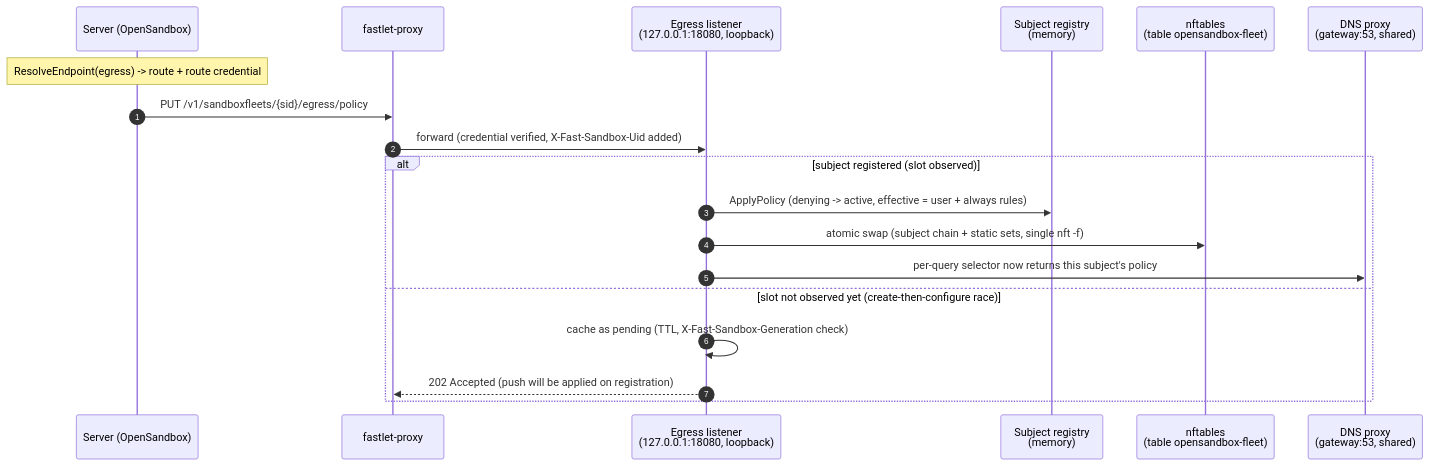
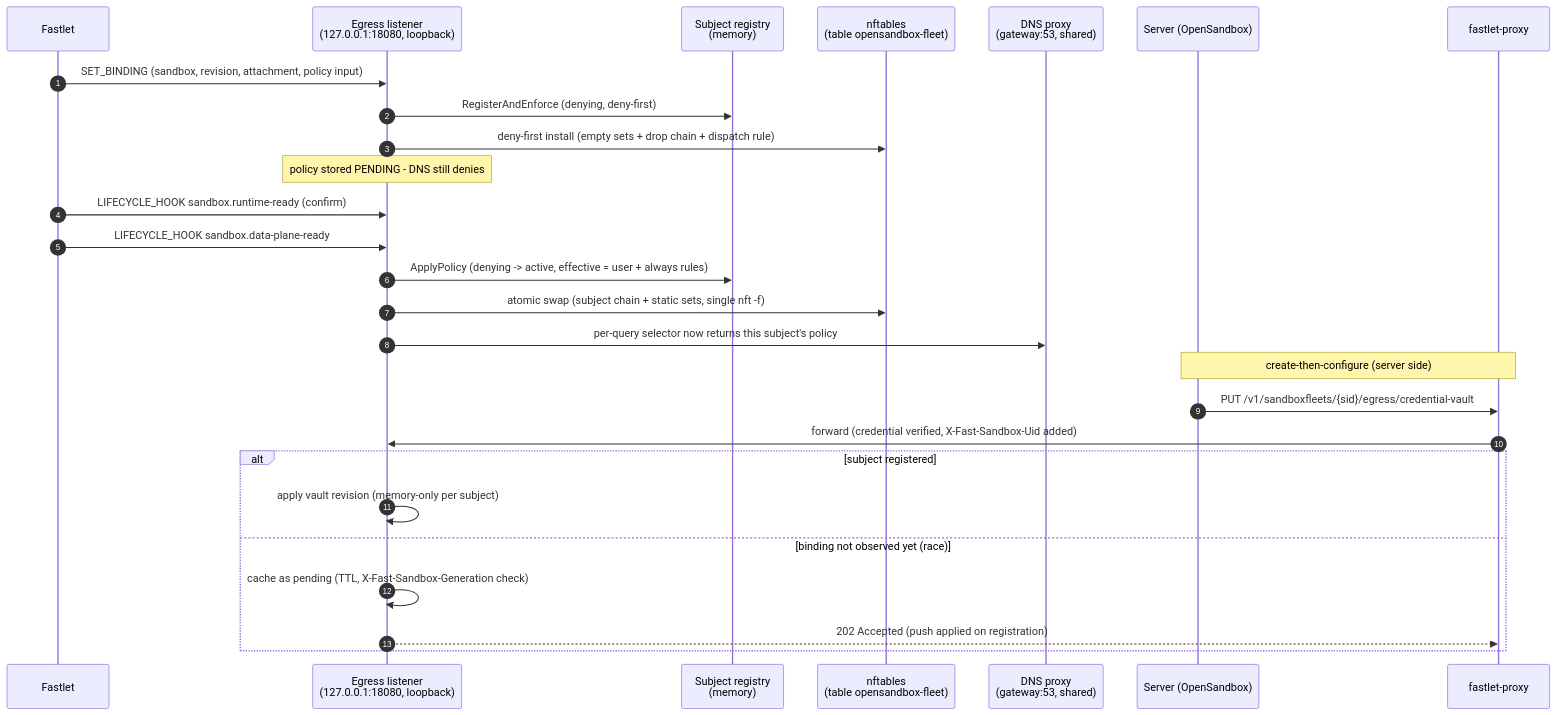
One commit to DoughOps/OpenSandbox changed the second of 4 diagrams in components/egress/docs/policy-traffic-vault-flow.md. Above: the diagram before and after it, drawn with Mermaid. The commit also changed other lines of this file and 36 other files, not shown here.

First line of the commit message:
feat(egress): fastlet Sandbox Actions handler protocol for fleet profile (OSEP-0022) (#1678)

````diff
--- a/components/egress/docs/policy-traffic-vault-flow.md
+++ b/components/egress/docs/policy-traffic-vault-flow.md
@@ -19,22 +57,30 @@
 ```mermaid
 sequenceDiagram
     autonumber
-    participant S as Server (OpenSandbox)
-    participant P as fastlet-proxy
+    participant F as Fastlet
     participant E as Egress listener<br/>(127.0.0.1:18080, loopback)
     participant R as Subject registry<br/>(memory)
     participant N as nftables<br/>(table opensandbox-fleet)
     participant D as DNS proxy<br/>(gateway:53, shared)
+    participant S as Server (OpenSandbox)
+    participant P as fastlet-proxy
 
-    Note over S: ResolveEndpoint(egress) -> route + route credential
-    S->>P: PUT /v1/sandboxfleets/{sid}/egress/policy
+    F->>E: SET_BINDING (sandbox, revision, attachment, policy input)
+    E->>R: RegisterAndEnforce (denying, deny-first)
+    E->>N: deny-first install (empty sets + drop chain + dispatch rule)
+    Note over E: policy stored PENDING - DNS still denies
+    F->>E: LIFECYCLE_HOOK sandbox.runtime-ready (confirm)
+    F->>E: LIFECYCLE_HOOK sandbox.data-plane-ready
+    E->>R: ApplyPolicy (denying -> active, effective = user + always rules)
+    E->>N: atomic swap (subject chain + static sets, single nft -f)
+    E->>D: per-query selector now returns this subject's policy
+    Note over S,P: create-then-configure (server side)
+    S->>P: PUT /v1/sandboxfleets/{sid}/egress/credential-vault
     P->>E: forward (credential verified, X-Fast-Sandbox-Uid added)
-    alt subject registered (slot observed)
-        E->>R: ApplyPolicy (denying -> active, effective = user + always rules)
-        E->>N: atomic swap (subject chain + static sets, single nft -f)
-        E->>D: per-query selector now returns this subject's policy
-    else slot not observed yet (create-then-configure race)
+    alt subject registered
+        E->>E: apply vault revision (memory-only per subject)
+    else binding not observed yet (race)
         E->>E: cache as pending (TTL, X-Fast-Sandbox-Generation check)
-        E-->>P: 202 Accepted (push will be applied on registration)
+        E-->>P: 202 Accepted (push applied on registration)
     end
 ```
````
